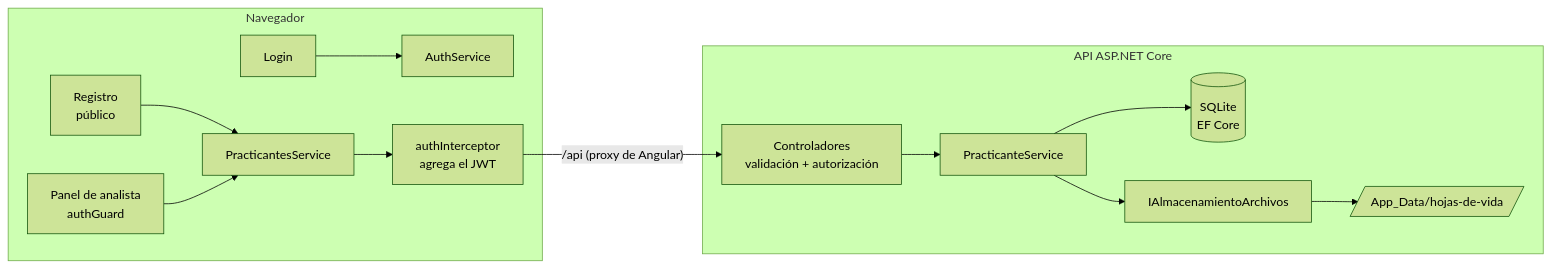
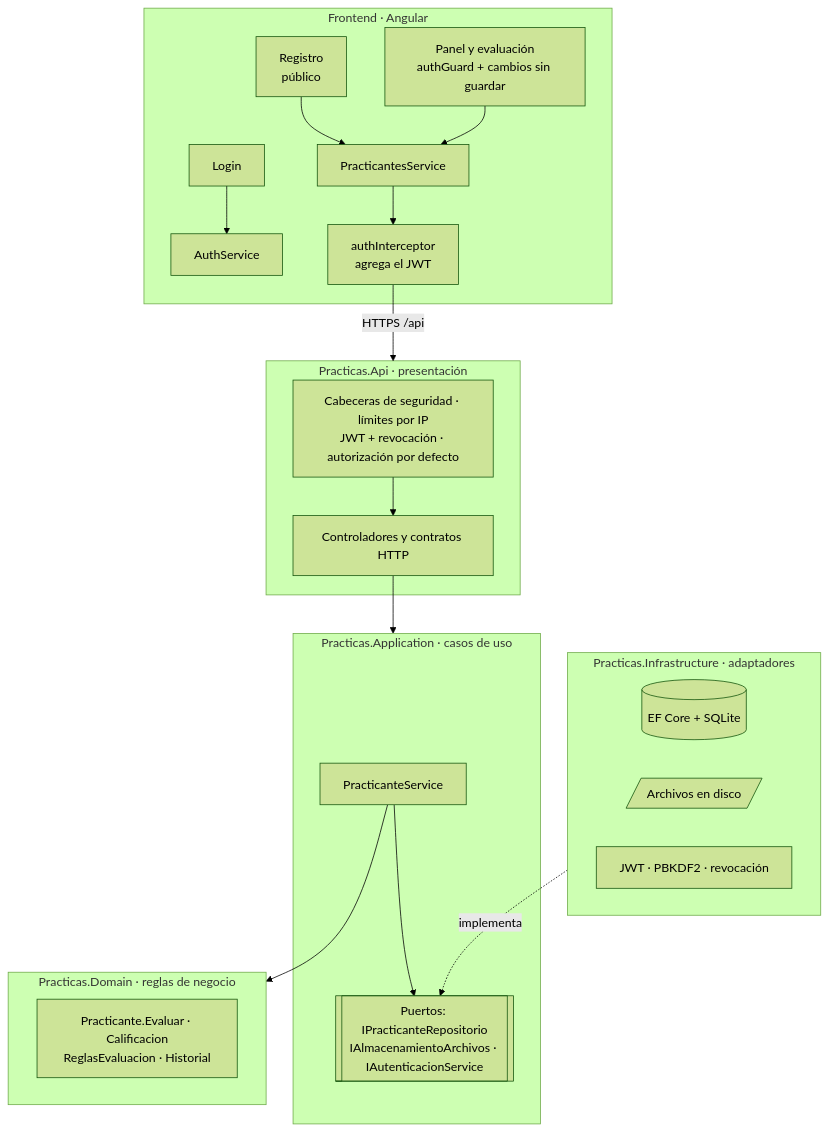
Before and after one commit to Semiramyz/plataforma-practicas-sebastian-pineda: the diagram in README.md, drawn with Mermaid (forest theme). The commit also changed other lines of this file and 18 other files, not shown here.

````diff
--- a/README.md
+++ b/README.md
@@ -174,16 +329,27 @@
 ```mermaid
-flowchart LR
-    subgraph Navegador
+flowchart TB
+    subgraph Navegador["Frontend · Angular"]
         R[Registro<br/>público] --> S[PracticantesService]
-        P[Panel de analista<br/>authGuard] --> S
+        P[Panel y evaluación<br/>authGuard + cambios sin guardar] --> S
         L[Login] --> A[AuthService]
         S --> I[authInterceptor<br/>agrega el JWT]
     end
-    I -- "/api (proxy de Angular)" --> C
-    subgraph "API ASP.NET Core"
-        C[Controladores<br/>validación + autorización] --> SV[PracticanteService]
-        SV --> DB[(SQLite<br/>EF Core)]
-        SV --> FS[IAlmacenamientoArchivos]
-        FS --> D[/App_Data/hojas-de-vida/]
+    I -- "HTTPS /api" --> API
+    subgraph API["Practicas.Api · presentación"]
+        SEG[Cabeceras de seguridad · límites por IP<br/>JWT + revocación · autorización por defecto] --> C[Controladores y contratos HTTP]
     end
+    C --> APP
+    subgraph APP["Practicas.Application · casos de uso"]
+        SV[PracticanteService] --> PU[["Puertos: IPracticanteRepositorio<br/>IAlmacenamientoArchivos · IAutenticacionService"]]
+    end
+    SV --> DOM
+    subgraph DOM["Practicas.Domain · reglas de negocio"]
+        PR[Practicante.Evaluar · Calificacion<br/>ReglasEvaluacion · Historial]
+    end
+    subgraph INF["Practicas.Infrastructure · adaptadores"]
+        DB[(EF Core + SQLite)]
+        FS[/Archivos en disco/]
+        JWT[JWT · PBKDF2 · revocación]
+    end
+    INF -. implementa .-> PU
 ```
````
